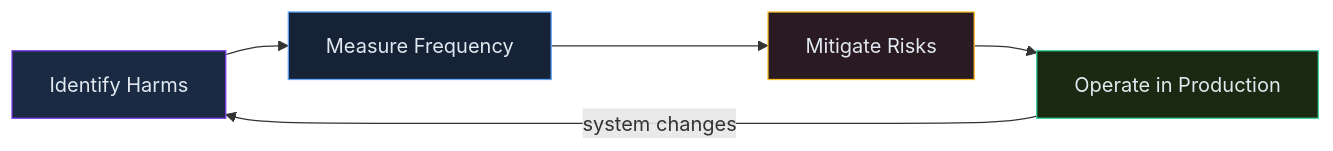
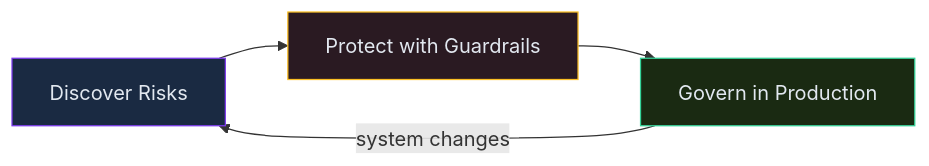
Before and after one commit to ajeetchouksey/ajch_skillup: the diagram in content/skillup/azure-ai-foundry/notes/azure-ai-foundry-m3-l2-security-privacy-operations.md, drawn with Mermaid. The commit also changed other lines of this file and 157 other files, not shown here.

````diff
--- a/content/skillup/azure-ai-foundry/notes/azure-ai-foundry-m3-l2-security-privacy-operations.md
+++ b/content/skillup/azure-ai-foundry/notes/azure-ai-foundry-m3-l2-security-privacy-operations.md
@@ -82,15 +85,12 @@
 ```mermaid
 flowchart LR
-  ID[Identify Harms] --> ME[Measure Frequency]
-  ME --> MI[Mitigate Risks]
-  MI --> OP[Operate in Production]
-  OP -->|system changes| ID
+  DI[Discover Risks] --> PR[Protect with Guardrails]
+  PR --> GO[Govern in Production]
+  GO -->|system changes| DI
   classDef stage1 fill:#1a2a42,stroke:#7c3aed,color:#e2e8f0
-  classDef stage2 fill:#162236,stroke:#60a5fa,color:#e2e8f0
-  classDef stage3 fill:#2a1a22,stroke:#fbbf24,color:#e2e8f0
-  classDef stage4 fill:#1a2a12,stroke:#34d399,color:#e2e8f0
-  class ID stage1
-  class ME stage2
-  class MI stage3
-  class OP stage4
+  classDef stage2 fill:#2a1a22,stroke:#fbbf24,color:#e2e8f0
+  classDef stage3 fill:#1a2a12,stroke:#34d399,color:#e2e8f0
+  class DI stage1
+  class PR stage2
+  class GO stage3
 ```
````
